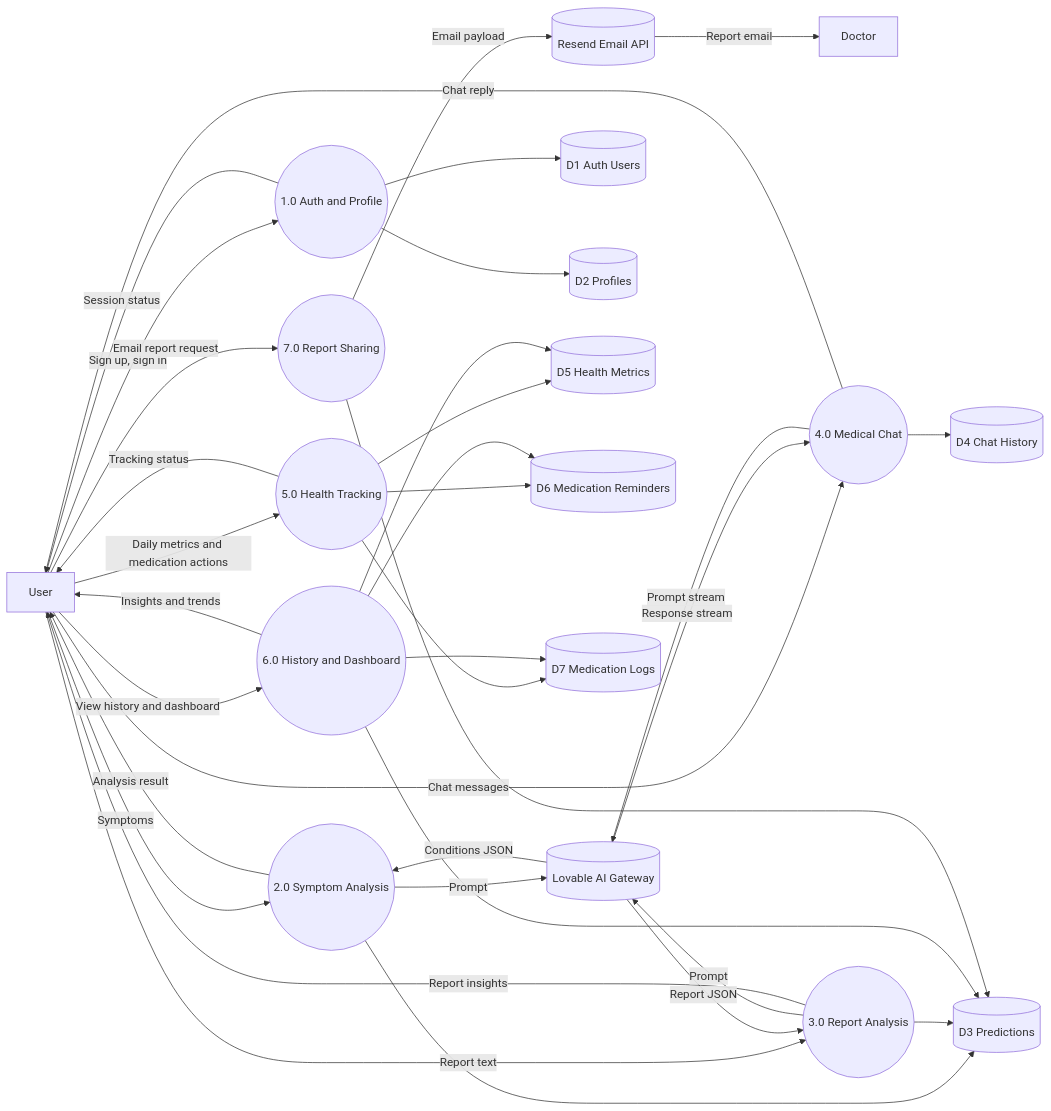
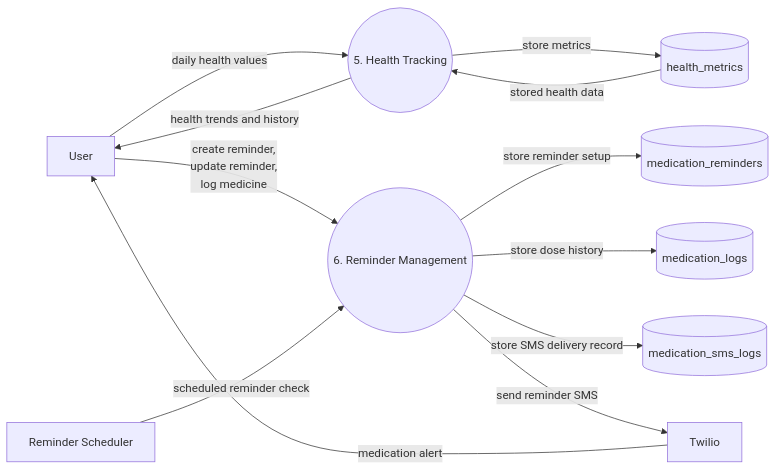
The eighth of 26 diagrams in ALL_MERMAID_DIAGRAMS.md (Addi-20042/MediBrief), drawn with Mermaid before and after one commit. The commit also changed other lines of this file and 12 other files, not shown here.

Commit message:
Add admin fixes and update system diagrams

````diff
--- a/ALL_MERMAID_DIAGRAMS.md
+++ b/ALL_MERMAID_DIAGRAMS.md
@@ -117,64 +278,25 @@
 ```mermaid
 flowchart LR
-  U[User]
-  DOC[Doctor]
-  AI[(Lovable AI Gateway)]
-  MAIL[(Resend Email API)]
+  USER[User]
+  CRON[Reminder Scheduler]
+  SMS[Twilio]
+  P5((5. Health Tracking))
+  P6((6. Reminder Management))
+  D5[(health_metrics)]
+  D6[(medication_reminders)]
+  D7[(medication_logs)]
+  D8[(medication_sms_logs)]
 
-  P1((1.0 Auth and Profile))
-  P2((2.0 Symptom Analysis))
-  P3((3.0 Report Analysis))
-  P4((4.0 Medical Chat))
-  P5((5.0 Health Tracking))
-  P6((6.0 History and Dashboard))
-  P7((7.0 Report Sharing))
+  USER -->|daily health values| P5
+  P5 -->|store metrics| D5
+  D5 -->|stored health data| P5
+  P5 -->|health trends and history| USER
 
-  D1[(D1 Auth Users)]
-  D2[(D2 Profiles)]
-  D3[(D3 Predictions)]
-  D4[(D4 Chat History)]
-  D5[(D5 Health Metrics)]
-  D6[(D6 Medication Reminders)]
-  D7[(D7 Medication Logs)]
-
-  U -->|Sign up, sign in| P1
-  P1 --> D1
-  P1 --> D2
-  P1 -->|Session status| U
-
-  U -->|Symptoms| P2
-  P2 -->|Prompt| AI
-  AI -->|Conditions JSON| P2
-  P2 --> D3
-  P2 -->|Analysis result| U
-
-  U -->|Report text| P3
-  P3 -->|Prompt| AI
-  AI -->|Report JSON| P3
-  P3 --> D3
-  P3 -->|Report insights| U
-
-  U -->|Chat messages| P4
-  P4 -->|Prompt stream| AI
-  AI -->|Response stream| P4
-  P4 --> D4
-  P4 -->|Chat reply| U
-
-  U -->|Daily metrics and medication actions| P5
-  P5 --> D5
-  P5 --> D6
-  P5 --> D7
-  P5 -->|Tracking status| U
-
-  U -->|View history and dashboard| P6
-  P6 --> D3
-  P6 --> D5
-  P6 --> D6
-  P6 --> D7
-  P6 -->|Insights and trends| U
-
-  U -->|Email report request| P7
-  P7 --> D3
-  P7 -->|Email payload| MAIL
-  MAIL -->|Report email| DOC
+  USER -->|create reminder,<br/>update reminder,<br/>log medicine| P6
+  P6 -->|store reminder setup| D6
+  P6 -->|store dose history| D7
+  P6 -->|store SMS delivery record| D8
+  CRON -->|scheduled reminder check| P6
+  P6 -->|send reminder SMS| SMS
+  SMS -->|medication alert| USER
 ```
````
